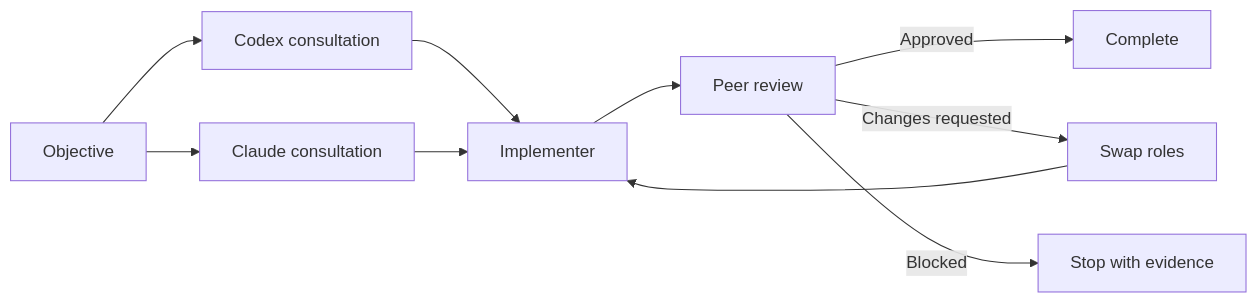
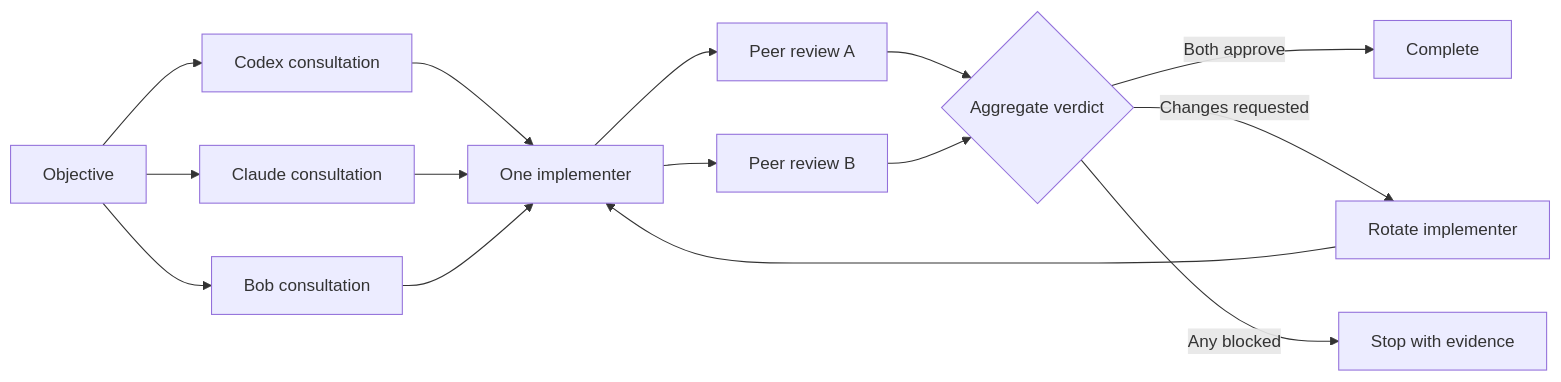
One commit to BrUn3y/codex-claude-bob-agent-loop changed the diagram in README.md. Above: the diagram before and after it, drawn with Mermaid. The commit also changed other lines of this file and 15 other files, not shown here.

Commit message:
Add Bob Shell to the equal-peer agent loop

````diff
--- a/README.md
+++ b/README.md
@@ -11,12 +11,17 @@
 ```mermaid
 flowchart LR
     O[Objective] --> C1[Codex consultation]
     O --> C2[Claude consultation]
-    C1 --> I[Implementer]
+    O --> C3[Bob consultation]
+    C1 --> I[One implementer]
     C2 --> I
-    I --> R[Peer review]
-    R -->|Approved| D[Complete]
-    R -->|Changes requested| S[Swap roles]
+    C3 --> I
+    I --> R1[Peer review A]
+    I --> R2[Peer review B]
+    R1 --> A{Aggregate verdict}
+    R2 --> A
+    A -->|Both approve| D[Complete]
+    A -->|Changes requested| S[Rotate implementer]
     S --> I
-    R -->|Blocked| B[Stop with evidence]
+    A -->|Any blocked| B[Stop with evidence]
 ```
````
